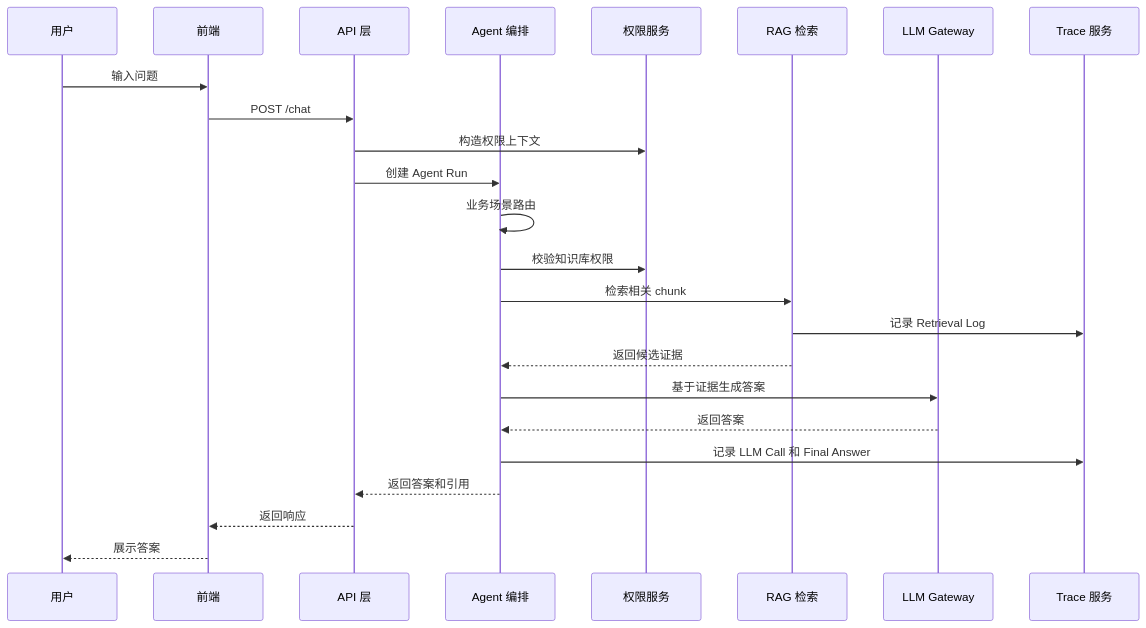
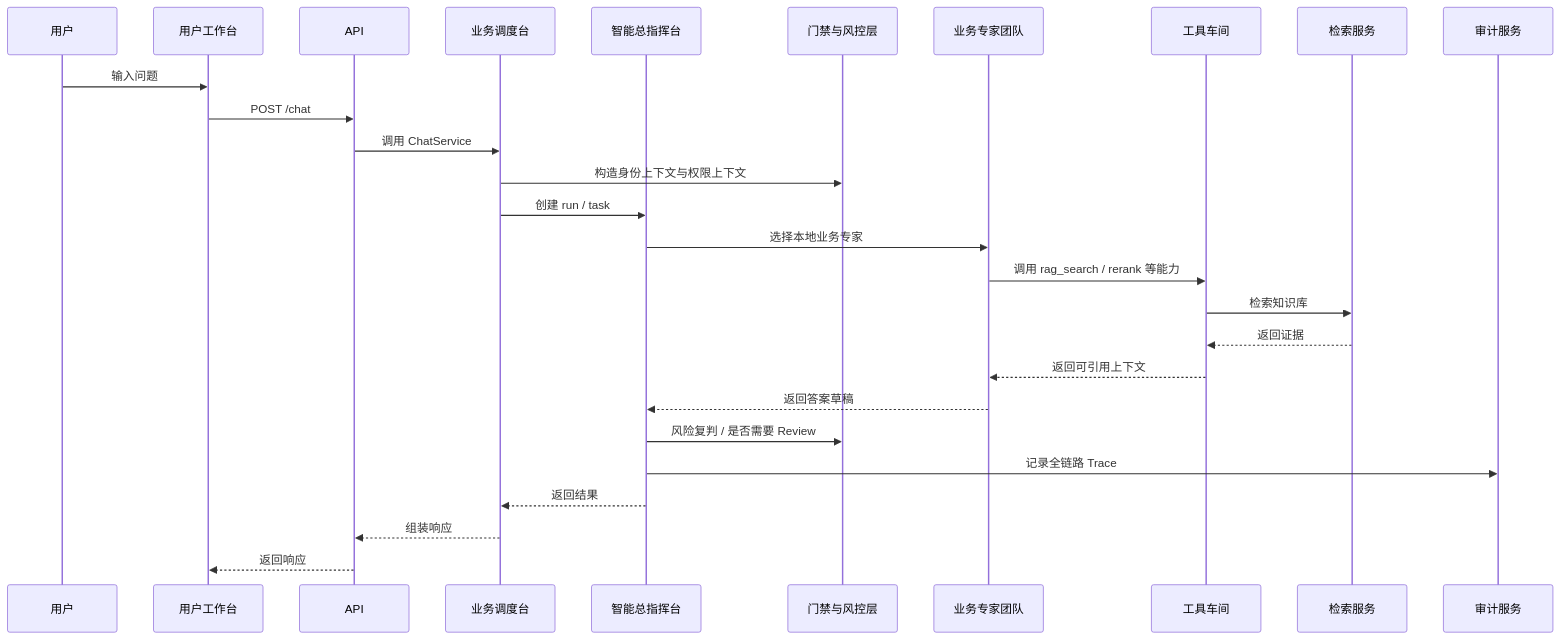
The seventh of 10 diagrams in docs/ARCHITECTURE.md (zhangzhijin1018/enterprise-knowledge-agentic-rag), drawn with Mermaid before and after one commit. The commit also changed other lines of this file and 4 other files, not shown here.

````diff
--- a/docs/ARCHITECTURE.md
+++ b/docs/ARCHITECTURE.md
@@ -1133,27 +1280,30 @@
 ```mermaid
 sequenceDiagram
     participant User as 用户
-    participant FE as 前端
-    participant API as API 层
-    participant Agent as Agent 编排
-    participant Perm as 权限服务
-    participant RAG as RAG 检索
-    participant LLM as LLM Gateway
-    participant Trace as Trace 服务
+    participant FE as 用户工作台
+    participant API as API
+    participant APP as 业务调度台
+    participant Control as 智能总指挥台
+    participant Policy as 门禁与风控层
+    participant Mesh as 业务专家团队
+    participant Fabric as 工具车间
+    participant RAG as 检索服务
+    participant Trace as 审计服务
 
     User->>FE: 输入问题
     FE->>API: POST /chat
-    API->>Perm: 构造权限上下文
-    API->>Agent: 创建 Agent Run
-    Agent->>Agent: 业务场景路由
-    Agent->>Perm: 校验知识库权限
-    Agent->>RAG: 检索相关 chunk
-    RAG->>Trace: 记录 Retrieval Log
-    RAG-->>Agent: 返回候选证据
-    Agent->>LLM: 基于证据生成答案
-    LLM-->>Agent: 返回答案
-    Agent->>Trace: 记录 LLM Call 和 Final Answer
-    Agent-->>API: 返回答案和引用
+    API->>APP: 调用 ChatService
+    APP->>Policy: 构造身份上下文与权限上下文
+    APP->>Control: 创建 run / task
+    Control->>Mesh: 选择本地业务专家
+    Mesh->>Fabric: 调用 rag_search / rerank 等能力
+    Fabric->>RAG: 检索知识库
+    RAG-->>Fabric: 返回证据
+    Fabric-->>Mesh: 返回可引用上下文
+    Mesh-->>Control: 返回答案草稿
+    Control->>Policy: 风险复判 / 是否需要 Review
+    Control->>Trace: 记录全链路 Trace
+    Control-->>APP: 返回结果
+    APP-->>API: 组装响应
     API-->>FE: 返回响应
-    FE-->>User: 展示答案
 ```
````
